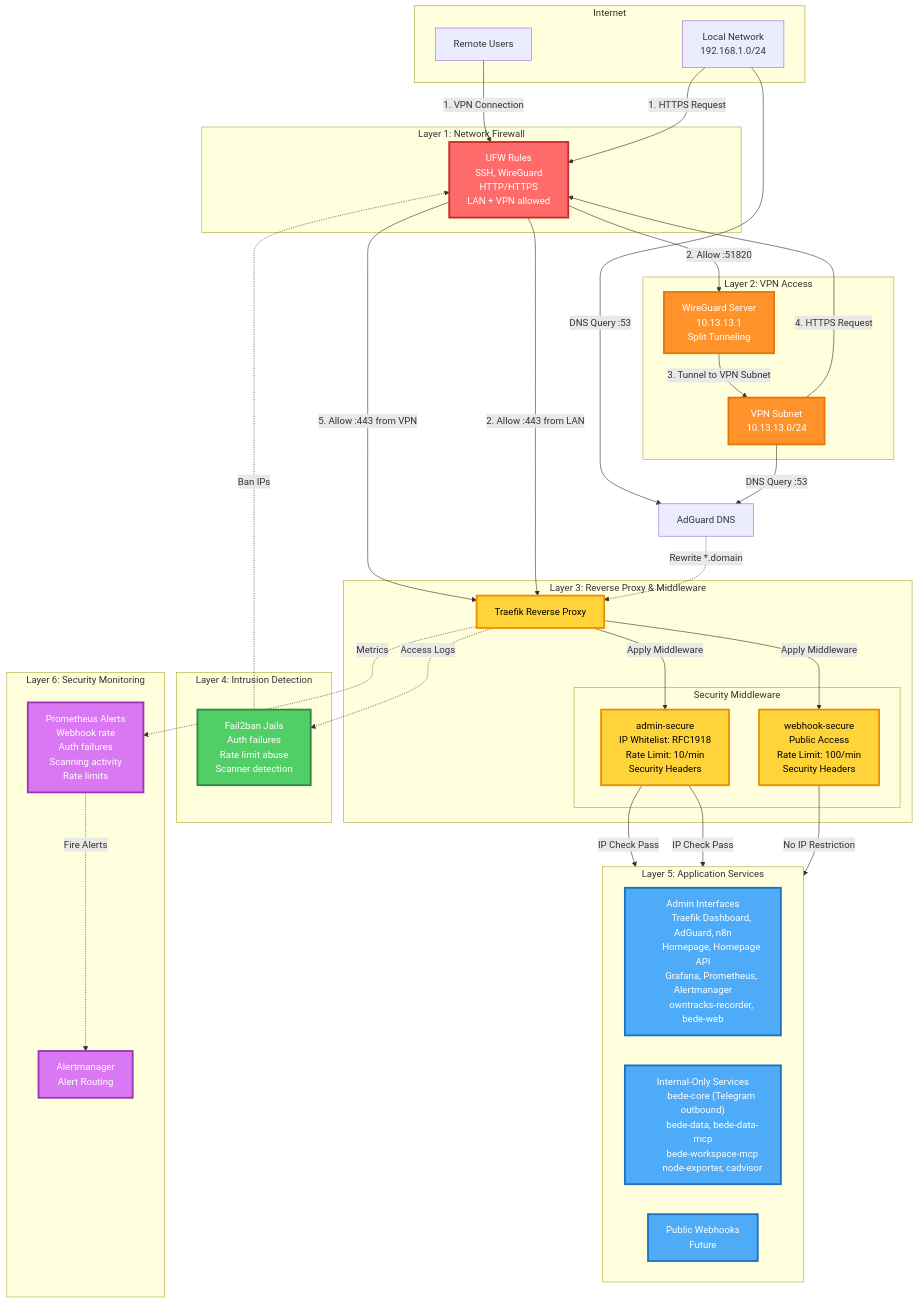
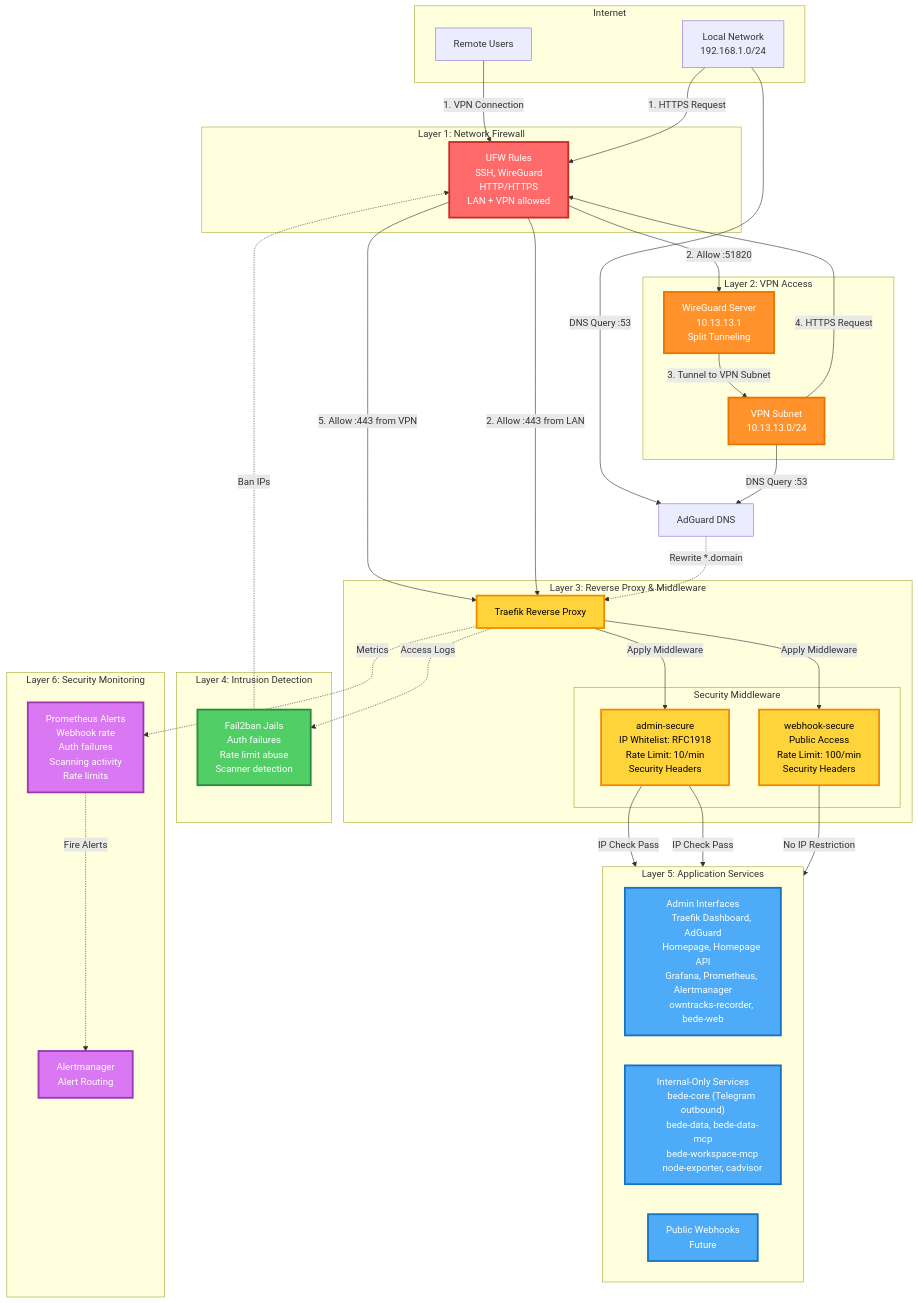
The second of 5 diagrams in ARCHITECTURE.md (josephradford/home-server-stack), drawn with Mermaid before and after one commit. The commit also changed other lines of this file and 11 other files, not shown here.

```diff
--- a/ARCHITECTURE.md
+++ b/ARCHITECTURE.md
@@ -253,7 +247,7 @@
     subgraph L5["Layer 5: Application Services"]
         direction LR
         Admin["Admin Interfaces
-        Traefik Dashboard, AdGuard, n8n
+        Traefik Dashboard, AdGuard
         Homepage, Homepage API
         Grafana, Prometheus, Alertmanager
         owntracks-recorder, bede-web"]
```
